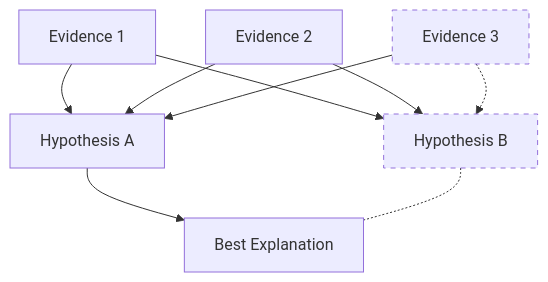
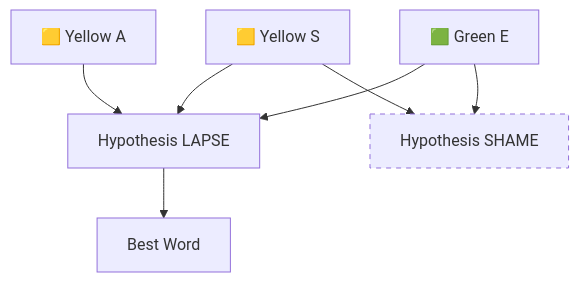
One commit to CodeYourFuture/curriculum changed the diagram in common-content/en/module/logic/abduction/index.md. Above: the diagram before and after it, drawn with Mermaid. The commit also changed other lines of this file and 2 other files, not shown here.

````diff
--- a/common-content/en/module/logic/abduction/index.md
+++ b/common-content/en/module/logic/abduction/index.md
@@ -16,13 +16,10 @@
 ```mermaid
 flowchart TD
-    ev1[Evidence 1] --> h1[Hypothesis A]
-    ev2[Evidence 2] --> h1
-    ev3[Evidence 3] --> h1
-    ev1 --> h2[Hypothesis B]
-    ev2 --> h2
-    ev3 -.-> h2
-    h1 --> be[Best Explanation]
-    h2 -.- be
-    style h2 stroke-dasharray: 5 5
-    style ev3 stroke-dasharray: 5 5
+   ev1[🟨 Yellow S] --> h1[Hypothesis LAPSE]
+   ev2[🟨 Yellow A] --> h1
+   ev3[🟩 Green E] --> h1
+   ev1 --> h2[Hypothesis SHAME]
+   ev3 --> h2
+   h1 --> be[Best Word]
+   style h2 stroke-dasharray: 5 5
 ```
````
